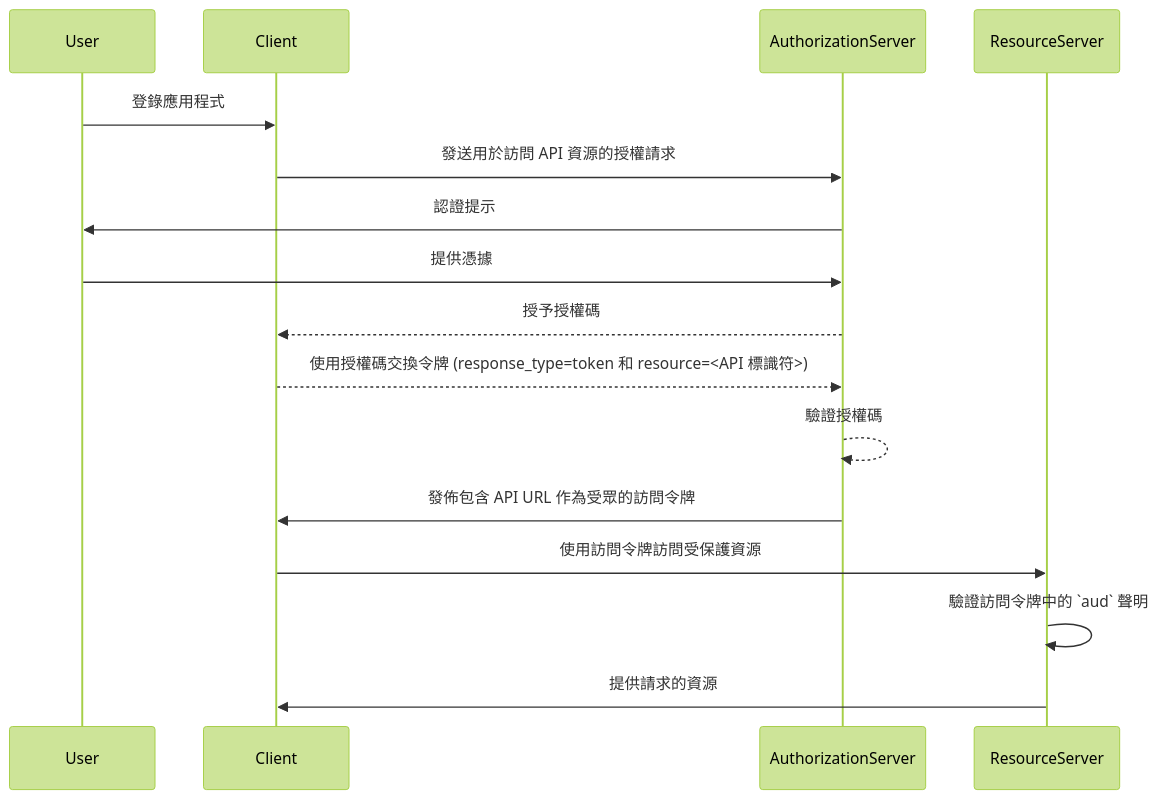
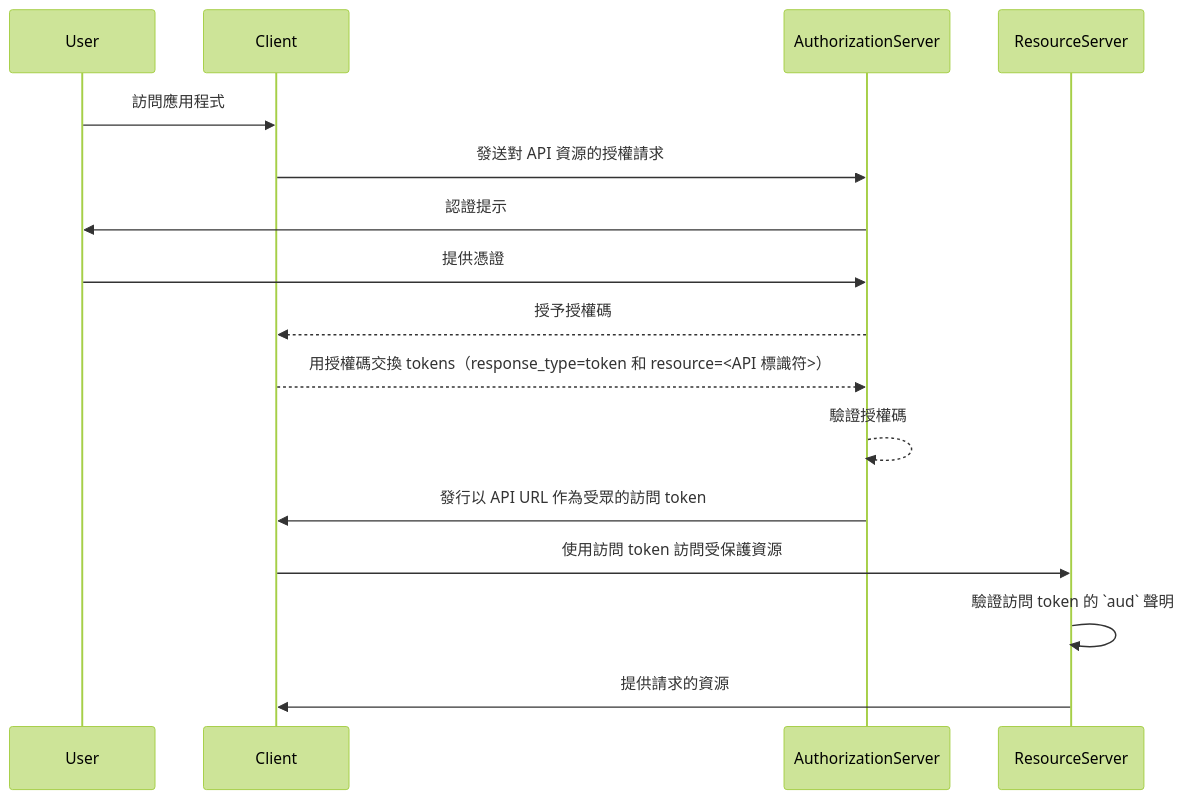
The second of 2 diagrams in src/content/terms/zh-Hant/audience.mdx (logto-io/auth-wiki), drawn with Mermaid (forest theme) before and after one commit. The commit also changed other lines of this file and 48 other files, not shown here.

````diff
--- a/src/content/terms/zh-Hant/audience.mdx
+++ b/src/content/terms/zh-Hant/audience.mdx
@@ -93,19 +93,19 @@
 ```mermaid
 sequenceDiagram
     participant User
     participant Client
     participant AuthorizationServer
     participant ResourceServer
 
-    User->>Client: 登錄應用程式
-    Client->>AuthorizationServer: 發送用於訪問 API 資源的授權請求
+    User->>Client: 訪問應用程式
+    Client->>AuthorizationServer: 發送對 API 資源的授權請求
     AuthorizationServer->>User: 認證提示
-    User->>AuthorizationServer: 提供憑據
+    User->>AuthorizationServer: 提供憑證
     AuthorizationServer-->>Client: 授予授權碼
-    Client-->>AuthorizationServer: 使用授權碼交換令牌 (response_type=token 和 resource=<API 標識符>)
+    Client-->>AuthorizationServer: 用授權碼交換 tokens（response_type=token 和 resource=<API 標識符>）
     AuthorizationServer-->>AuthorizationServer: 驗證授權碼
-    AuthorizationServer->>Client: 發佈包含 API URL 作為受眾的訪問令牌
-    Client->>ResourceServer: 使用訪問令牌訪問受保護資源
-    ResourceServer->>ResourceServer: 驗證訪問令牌中的 `aud` 聲明
+    AuthorizationServer->>Client: 發行以 API URL 作為受眾的訪問 token
+    Client->>ResourceServer: 使用訪問 token 訪問受保護資源
+    ResourceServer->>ResourceServer: 驗證訪問 token 的 `aud` 聲明
     ResourceServer->>Client: 提供請求的資源
 ```
````
